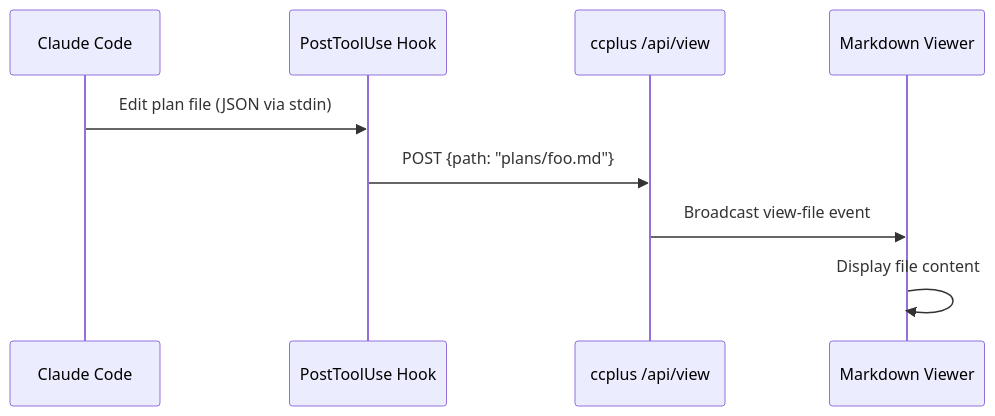
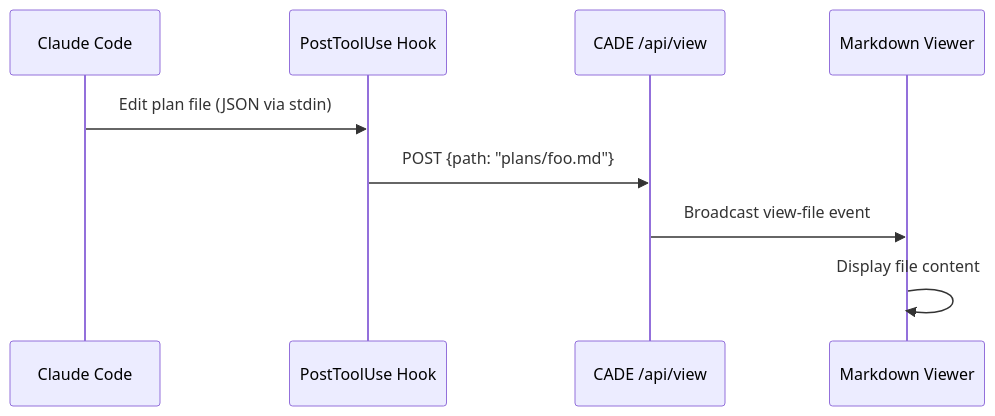
Before and after one commit to GTFerguson/cade: the diagram in docs/user/plan-viewer.md, drawn with Mermaid. The commit also changed other lines of this file and 45 other files, not shown here.

First line of the commit message:
Rename project from ccplus to CADE

````diff
--- a/docs/user/plan-viewer.md
+++ b/docs/user/plan-viewer.md
@@ -28,12 +28,12 @@
 ```mermaid
 sequenceDiagram
     participant CC as Claude Code
     participant Hook as PostToolUse Hook
-    participant API as ccplus /api/view
+    participant API as CADE /api/view
     participant Viewer as Markdown Viewer
 
     CC->>Hook: Edit plan file (JSON via stdin)
     Hook->>API: POST {path: "plans/foo.md"}
     API->>Viewer: Broadcast view-file event
     Viewer->>Viewer: Display file content
 ```
````
